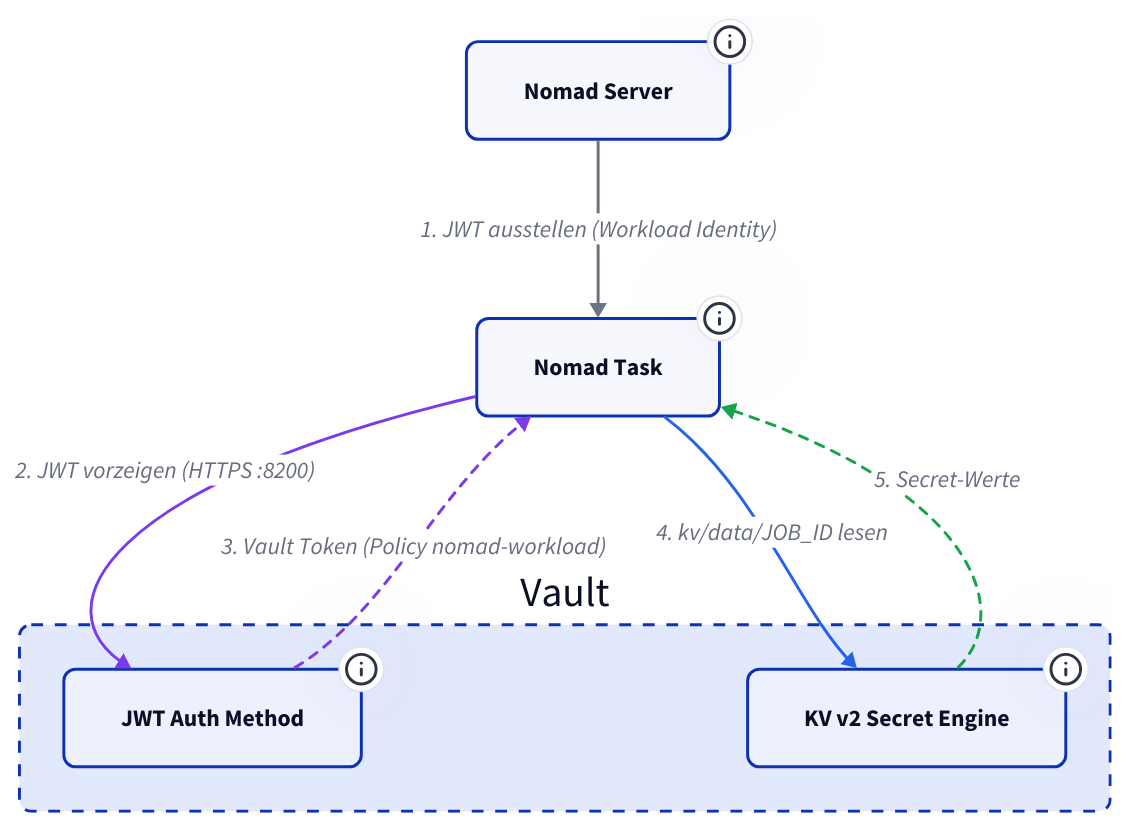
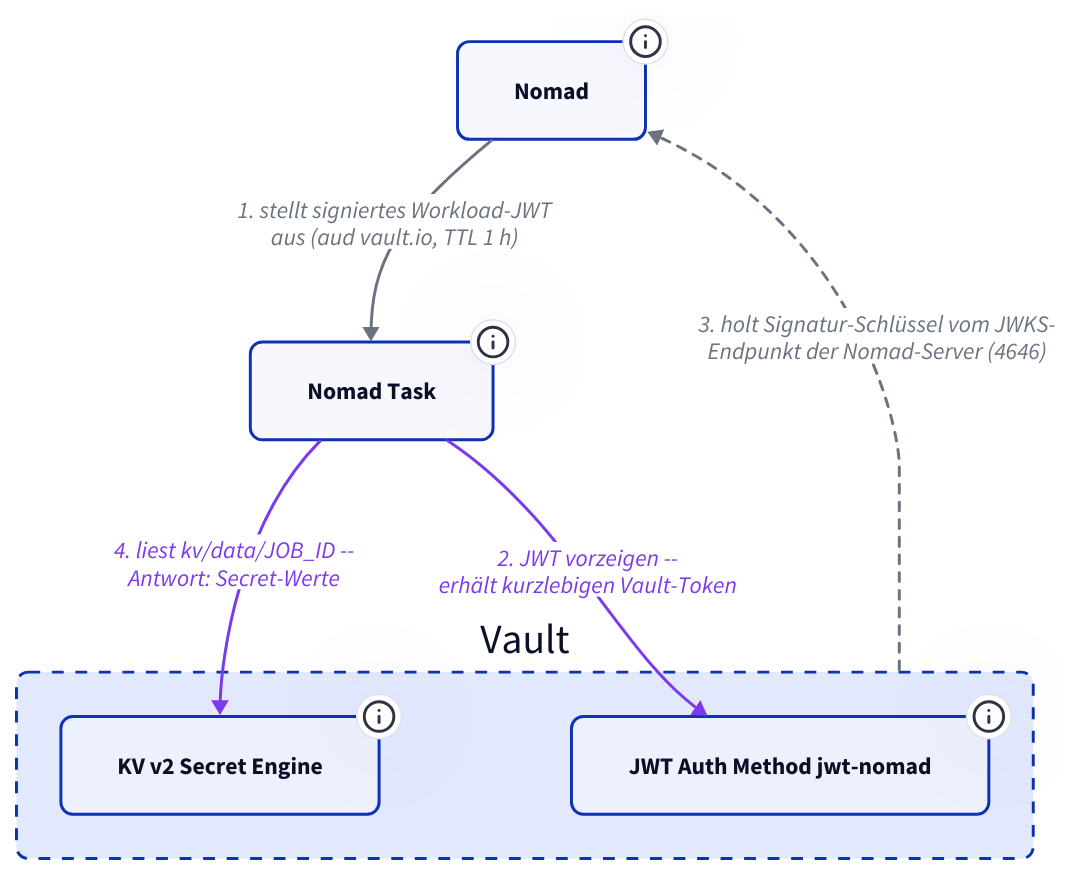
The second of 2 diagrams in docs/plattform/vault/index.md (derever-labs/homelab-wiki), drawn with D2 before and after one commit. The commit also changed other lines of this file and 2 other files, not shown here.

````diff
--- a/docs/plattform/vault/index.md
+++ b/docs/plattform/vault/index.md
@@ -110,50 +116,39 @@
 ```d2
 classes: {
   node: { style: { border-radius: 8 } }
   container: { style: { border-radius: 8; stroke-dash: 4 } }
+  secrets: { style: { stroke: "#7c3aed"; font-color: "#7c3aed" } }
+  intern: { style: { stroke: "#6b7280"; font-color: "#6b7280" } }
+  intern-async: { style: { stroke: "#6b7280"; stroke-dash: 3; font-color: "#6b7280" } }
 }
 
-Nomad: Nomad Server {
+direction: down
+
+Nomad: Nomad {
   class: node
-  tooltip: "Stellt beim Task-Start automatisch ein signiertes JWT aus (Workload Identity)"
+  tooltip: "Die Server signieren das Workload-JWT -- der Client-Agent erledigt Login und Template-Rendering stellvertretend für den Task"
 }
 
 Task: Nomad Task {
   class: node
-  tooltip: "Container mit vault-Stanza (role nomad-workloads) -- Workload Identity kommt aus der default_identity der Nomad-Config"
+  tooltip: "vault-Stanza mit role nomad-workloads -- Identity aus der clusterweiten default_identity"
 }
 
 vault: Vault {
   class: container
 
-  auth: JWT Auth Method {
-    class: node
-    tooltip: "Validiert die JWT-Signatur gegen Nomads JWKS-Endpoint"
-  }
   kv: KV v2 Secret Engine {
     class: node
-    tooltip: "Pfad-Konvention: kv/data/JOB_ID -- Policy nomad-workload beschränkt Zugriff auf eigenen Pfad"
+    tooltip: "Pfad-Konvention kv/data/JOB_ID -- Policy nomad-workload beschränkt auf eigenen Pfad plus shared"
+  }
+  auth: JWT Auth Method jwt-nomad {
+    class: node
+    tooltip: "bound_audiences vault.io -- Identität des Tasks kommt aus dem Claim nomad_job_id"
   }
 }
 
-Nomad -> Task: 1. JWT ausstellen (Workload Identity) {
-  style.stroke: "#6b7280"
-}
-Task -> vault.auth: 2. JWT vorzeigen (HTTPS :8200) {
-  style.stroke: "#7c3aed"
-  tooltip: "Task authentifiziert sich mit dem JWT -- kein statischer Token nötig"
-}
-vault.auth -> Task: 3. Vault Token (Policy nomad-workload) {
-  style.stroke: "#7c3aed"
-  style.stroke-dash: 3
-  tooltip: "Vault prüft JWT-Signatur via Nomad JWKS, dann Token mit eingeschränkter Policy"
-}
-Task -> vault.kv: 4. kv/data/JOB_ID lesen {
-  style.stroke: "#2563eb"
-  tooltip: "Task liest nur Secrets unter seinem eigenen Job-Pfad"
-}
-vault.kv -> Task: 5. Secret-Werte {
-  style.stroke: "#16a34a"
-  style.stroke-dash: 3
-}
+Nomad -> Task: "1. stellt signiertes Workload-JWT\naus (aud vault.io, TTL 1 h)" { class: intern }
+Task -> vault.auth: "2. JWT vorzeigen --\nerhält kurzlebigen Vault-Token" { class: secrets }
+vault -> Nomad: "3. holt Signatur-Schlüssel vom JWKS-\nEndpunkt der Nomad-Server (4646)" { class: intern-async }
+Task -> vault.kv: "4. liest kv/data/JOB_ID --\nAntwort: Secret-Werte" { class: secrets }
 ```
````
